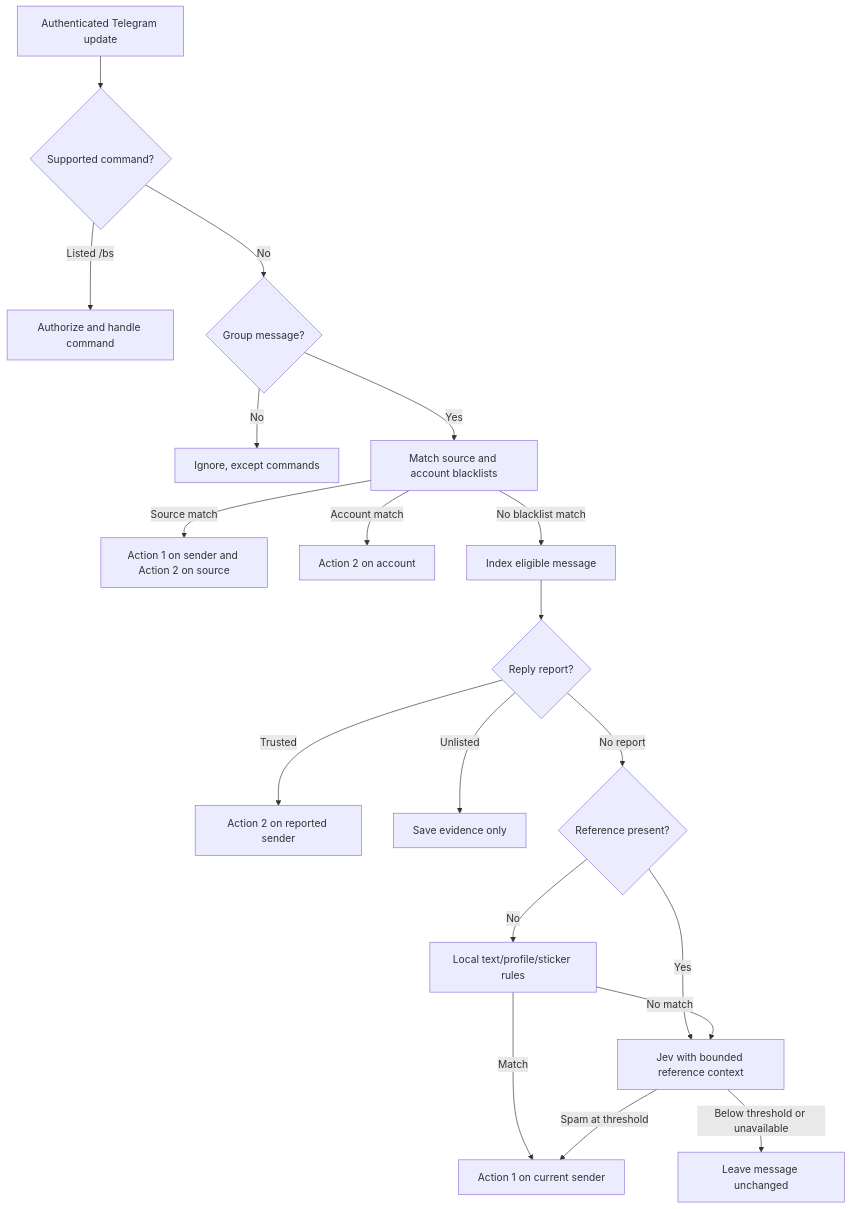
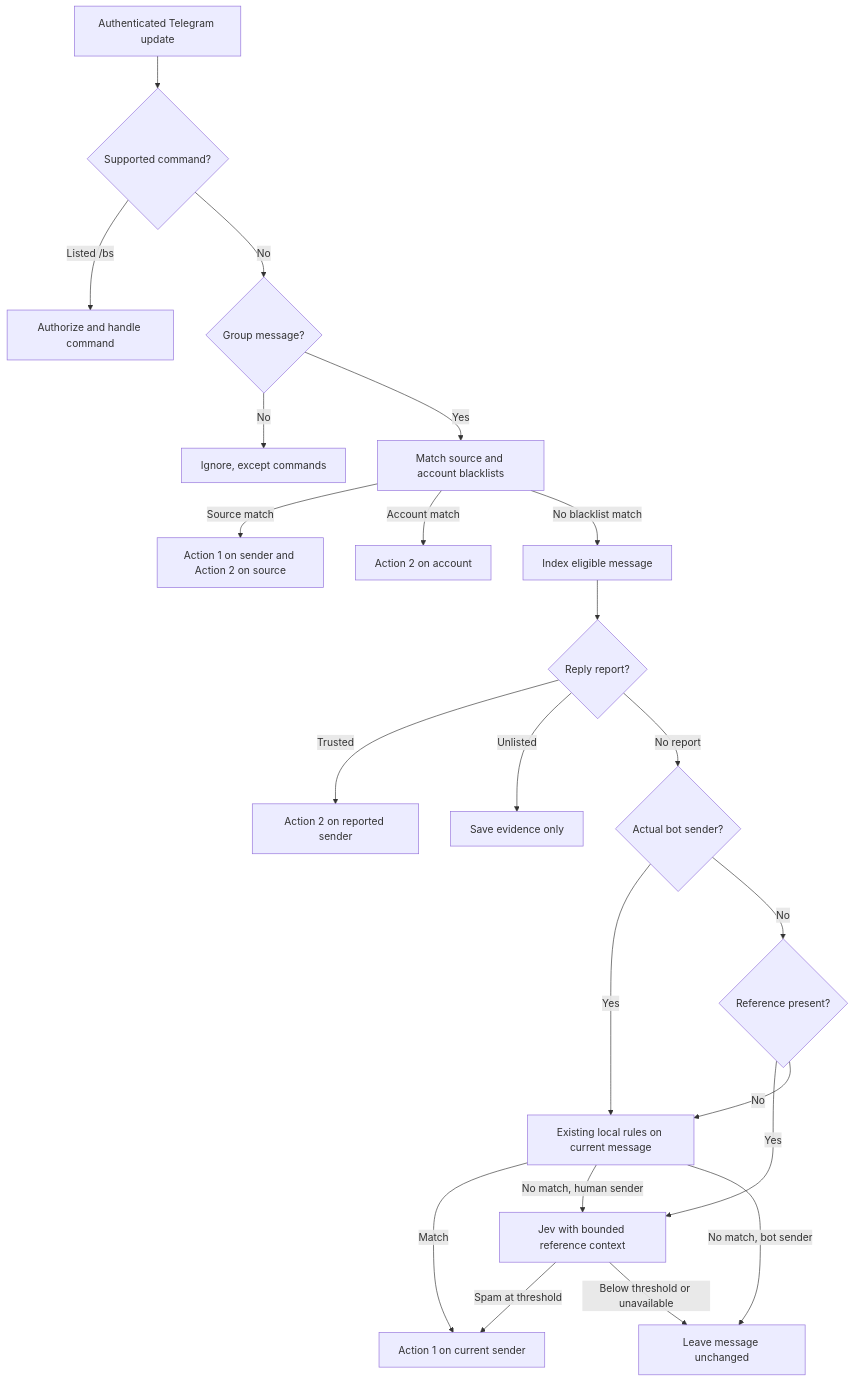
Before and after one commit to IceCodeNew/anti-fwd-spam: the first of 2 diagrams in docs/behavior.md, drawn with Mermaid. The commit also changed other lines of this file and 12 other files, not shown here.

````diff
--- a/docs/behavior.md
+++ b/docs/behavior.md
@@ -30,21 +30,24 @@
 ```mermaid
 flowchart TD
     A[Authenticated Telegram update] --> B{Supported command?}
     B -->|Listed /bs| C[Authorize and handle command]
     B -->|No| D{Group message?}
     D -->|No| E[Ignore, except commands]
     D -->|Yes| F[Match source and account blacklists]
     F -->|Source match| G[Action 1 on sender and Action 2 on source]
     F -->|Account match| H[Action 2 on account]
     F -->|No blacklist match| I[Index eligible message]
     I --> J{Reply report?}
     J -->|Trusted| K[Action 2 on reported sender]
     J -->|Unlisted| L[Save evidence only]
-    J -->|No report| M{Reference present?}
+    J -->|No report| R{Actual bot sender?}
+    R -->|Yes| O[Existing local rules on current message]
+    R -->|No| M{Reference present?}
     M -->|Yes| N[Jev with bounded reference context]
-    M -->|No| O[Local text/profile/sticker rules]
+    M -->|No| O
     O -->|Match| P[Action 1 on current sender]
-    O -->|No match| N
+    O -->|No match, human sender| N
+    O -->|No match, bot sender| Q[Leave message unchanged]
     N -->|Spam at threshold| P
     N -->|Below threshold or unavailable| Q[Leave message unchanged]
 ```
````
